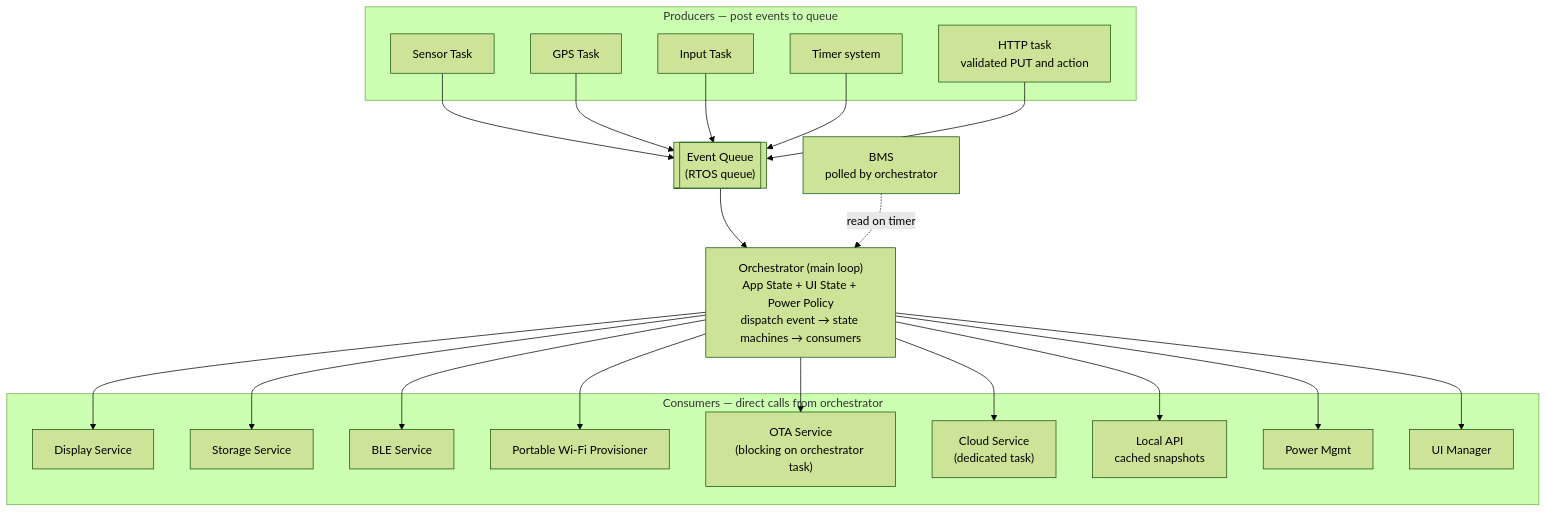
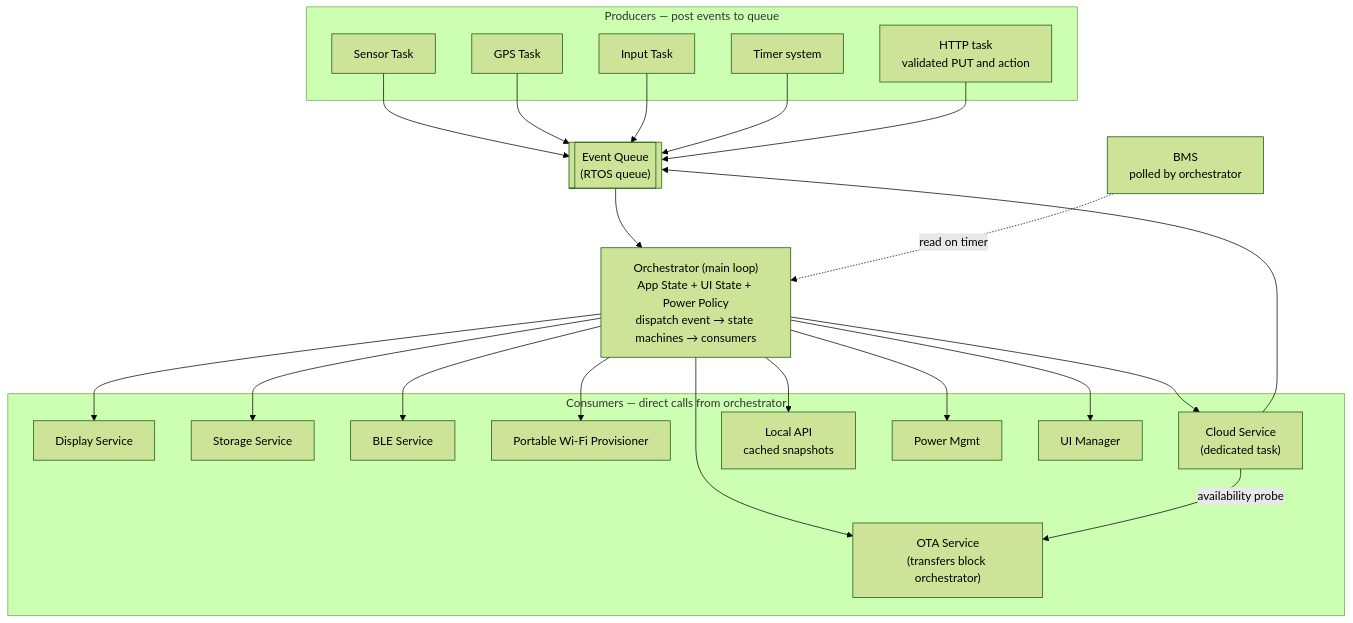
Before and after one commit to Matrikss/firmware-core: the second of 5 diagrams in products/go/ARCHITECTURE.md, drawn with Mermaid (forest theme). The commit also changed other lines of this file and 5 other files, not shown here.

Commit message:
docs(go): describe cloud-scheduled Wi-Fi OTA checks

````diff
--- a/products/go/ARCHITECTURE.md
+++ b/products/go/ARCHITECTURE.md
@@ -108,45 +108,47 @@
 ```mermaid
 flowchart TD
     subgraph Producers ["Producers — post events to queue"]
         Sensor["Sensor Task"]
         GPS["GPS Task"]
         Input["Input Task"]
         Timer["Timer system"]
         LocalHttp["HTTP task<br/>validated PUT and action"]
     end
 
     Queue[["Event Queue<br/>(RTOS queue)"]]
 
     Orch["Orchestrator (main loop)<br/>App State + UI State + Power Policy<br/>dispatch event → state machines → consumers"]
 
     BMS["BMS<br/>polled by orchestrator"]
 
     subgraph Consumers ["Consumers — direct calls from orchestrator"]
         Display["Display Service"]
         Storage["Storage Service"]
         BLE["BLE Service"]
         PortableProv["Portable Wi-Fi Provisioner"]
-        Ota["OTA Service<br/>(blocking on orchestrator task)"]
+        Ota["OTA Service<br/>(transfers block orchestrator)"]
         Cloud["Cloud Service<br/>(dedicated task)"]
         LocalApi["Local API<br/>cached snapshots"]
         PowerMgmt["Power Mgmt"]
         UI["UI Manager"]
     end
 
     Sensor --> Queue
     GPS --> Queue
     Input --> Queue
     Timer --> Queue
     LocalHttp --> Queue
     Queue --> Orch
     BMS -.->|read on timer| Orch
     Orch --> Display
     Orch --> Storage
     Orch --> BLE
     Orch --> PortableProv
     Orch --> Ota
     Orch --> Cloud
+    Cloud -->|availability probe| Ota
+    Cloud --> Queue
     Orch --> LocalApi
     Orch --> PowerMgmt
     Orch --> UI
 ```
````
